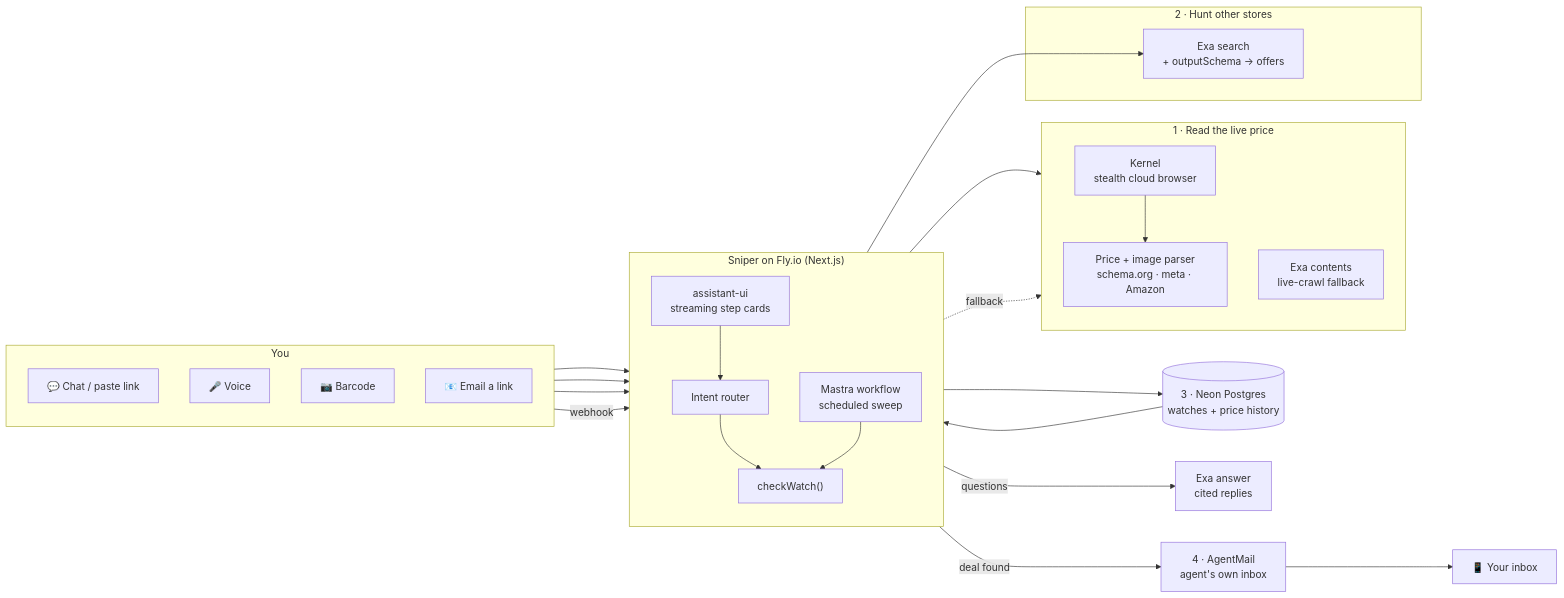
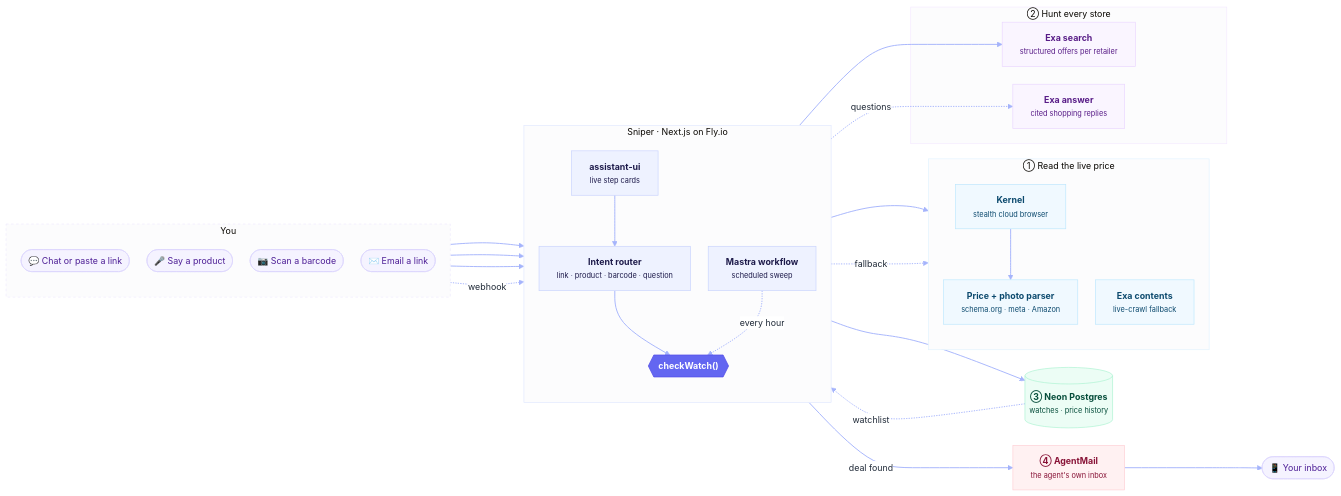
One commit to bouncypitch/price-drop-sniper changed the diagram in README.md. Above: the diagram before and after it, drawn with Mermaid. The commit also changed 11 other files, not shown here.

First line of the commit message:
Elegant architecture diagram, how-it-works video slide, savings table end card, real sweep alert counts

````diff
--- a/README.md
+++ b/README.md
@@ -21,47 +21,70 @@
 ```mermaid
+%%{init: {"theme": "base", "flowchart": {"curve": "basis", "nodeSpacing": 28, "rankSpacing": 56, "padding": 14}, "themeVariables": {"fontFamily": "Inter, -apple-system, Helvetica, sans-serif", "fontSize": "14px", "lineColor": "#a5b4fc", "primaryTextColor": "#1f2937", "clusterBkg": "#ffffff", "clusterBorder": "#e5e7eb", "edgeLabelBackground": "#ffffff"}}}%%
 flowchart LR
-    subgraph IN["You"]
+    subgraph IN[" You "]
         direction TB
-        chat["💬 Chat / paste link"]
-        voice["🎤 Voice"]
-        scan["📷 Barcode"]
-        email["📧 Email a link"]
+        chat(["💬  Chat or paste a link"])
+        voice(["🎤  Say a product"])
+        scan(["📷  Scan a barcode"])
+        email(["✉️  Email a link"])
     end
 
-    subgraph APP["Sniper on Fly.io (Next.js)"]
+    subgraph APP[" Sniper · Next.js on Fly.io "]
         direction TB
-        ui["assistant-ui<br/>streaming step cards"]
-        router["Intent router"]
-        sniper["checkWatch()"]
-        wf["Mastra workflow<br/>scheduled sweep"]
+        ui["<b>assistant-ui</b><br/><small>live step cards</small>"]
+        router["<b>Intent router</b><br/><small>link · product · barcode · question</small>"]
+        sniper{{"<b>checkWatch()</b>"}}
+        wf["<b>Mastra workflow</b><br/><small>scheduled sweep</small>"]
     end
 
-    subgraph READ["1 · Read the live price"]
+    subgraph READ[" ① Read the live price "]
         direction TB
-        kernel["Kernel<br/>stealth cloud browser"]
-        parse["Price + image parser<br/>schema.org · meta · Amazon"]
-        exaCrawl["Exa contents<br/>live-crawl fallback"]
+        kernel["<b>Kernel</b><br/><small>stealth cloud browser</small>"]
+        parse["<b>Price + photo parser</b><br/><small>schema.org · meta · Amazon</small>"]
+        exaCrawl["<b>Exa contents</b><br/><small>live-crawl fallback</small>"]
     end
 
-    subgraph HUNT["2 · Hunt other stores"]
-        exaSearch["Exa search<br/>+ outputSchema → offers"]
+    subgraph HUNT[" ② Hunt every store "]
+        exaSearch["<b>Exa search</b><br/><small>structured offers per retailer</small>"]
+        exaAnswer["<b>Exa answer</b><br/><small>cited shopping replies</small>"]
     end
 
-    neon[("3 · Neon Postgres<br/>watches + price history")]
-    agentmail["4 · AgentMail<br/>agent's own inbox"]
-    phone["📱 Your inbox"]
+    neon[("<b>③ Neon Postgres</b><br/><small>watches · price history</small>")]
+    agentmail["<b>④ AgentMail</b><br/><small>the agent's own inbox</small>"]
+    phone(["📱  Your inbox"])
 
-    chat --> ui --> router
+    chat --> ui
     voice --> ui
     scan --> ui
-    email -- webhook --> router
+    ui --> router
+    email -. webhook .-> router
     router --> sniper
-    wf --> sniper
+    router -. questions .-> exaAnswer
+    wf -. every hour .-> sniper
     sniper --> kernel --> parse
     sniper -. fallback .-> exaCrawl
     sniper --> exaSearch
     sniper --> neon
-    sniper -- "deal found" --> agentmail --> phone
-    router -- "questions" --> exaAnswer["Exa answer<br/>cited replies"]
-    neon --> ui
+    neon -. watchlist .-> ui
+    sniper == "deal found" ==> agentmail ==> phone
+
+    classDef user fill:#f5f3ff,stroke:#ddd6fe,color:#4c1d95
+    classDef app fill:#eef2ff,stroke:#c7d2fe,color:#1e1b4b
+    classDef core fill:#6366f1,stroke:#4f46e5,color:#ffffff
+    classDef read fill:#f0f9ff,stroke:#bae6fd,color:#0c4a6e
+    classDef hunt fill:#faf5ff,stroke:#e9d5ff,color:#581c87
+    classDef data fill:#ecfdf5,stroke:#a7f3d0,color:#064e3b
+    classDef mail fill:#fff1f2,stroke:#fecdd3,color:#881337
+    class chat,voice,scan,email,phone user
+    class ui,router,wf app
+    class sniper core
+    class kernel,parse,exaCrawl read
+    class exaSearch,exaAnswer hunt
+    class neon data
+    class agentmail mail
+    style IN fill:#fcfcfd,stroke:#ede9fe,stroke-dasharray:4 4
+    style APP fill:#fcfcfd,stroke:#e0e7ff
+    style READ fill:#fcfcfd,stroke:#e0f2fe
+    style HUNT fill:#fcfcfd,stroke:#f3e8ff
+    linkStyle default stroke:#a5b4fc,stroke-width:1.5px
 ```
````
